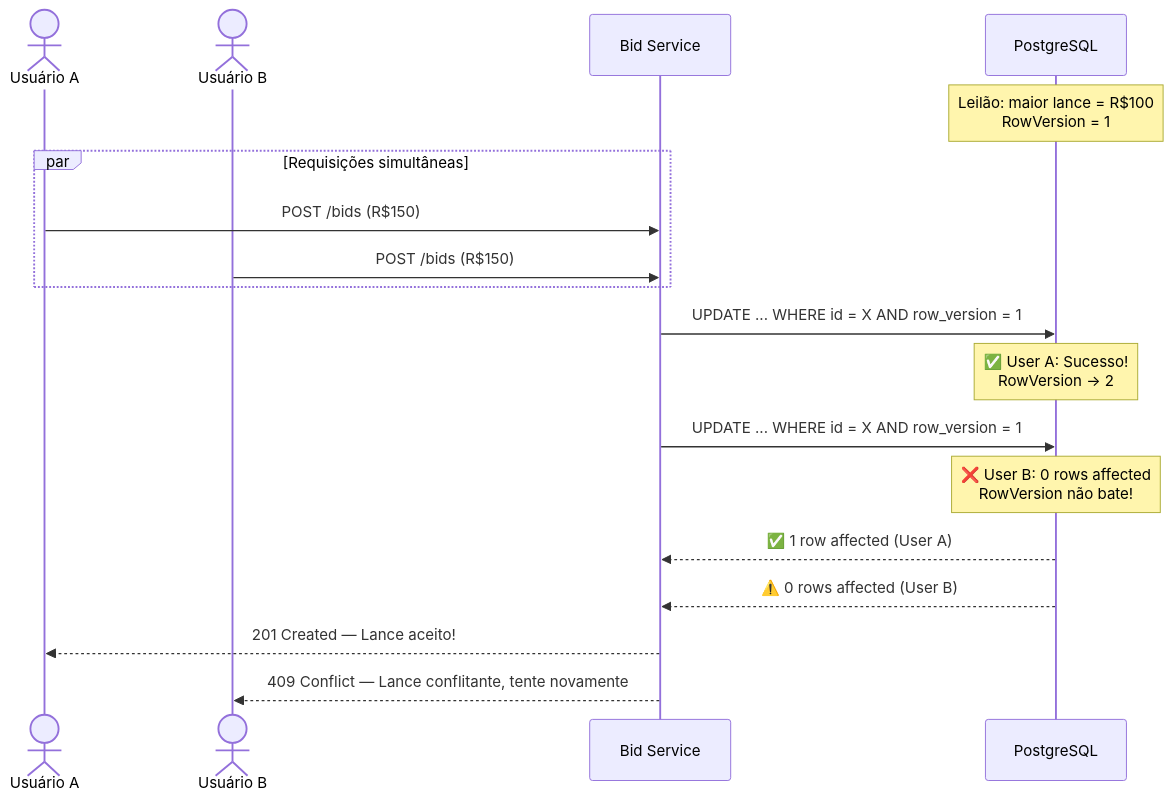
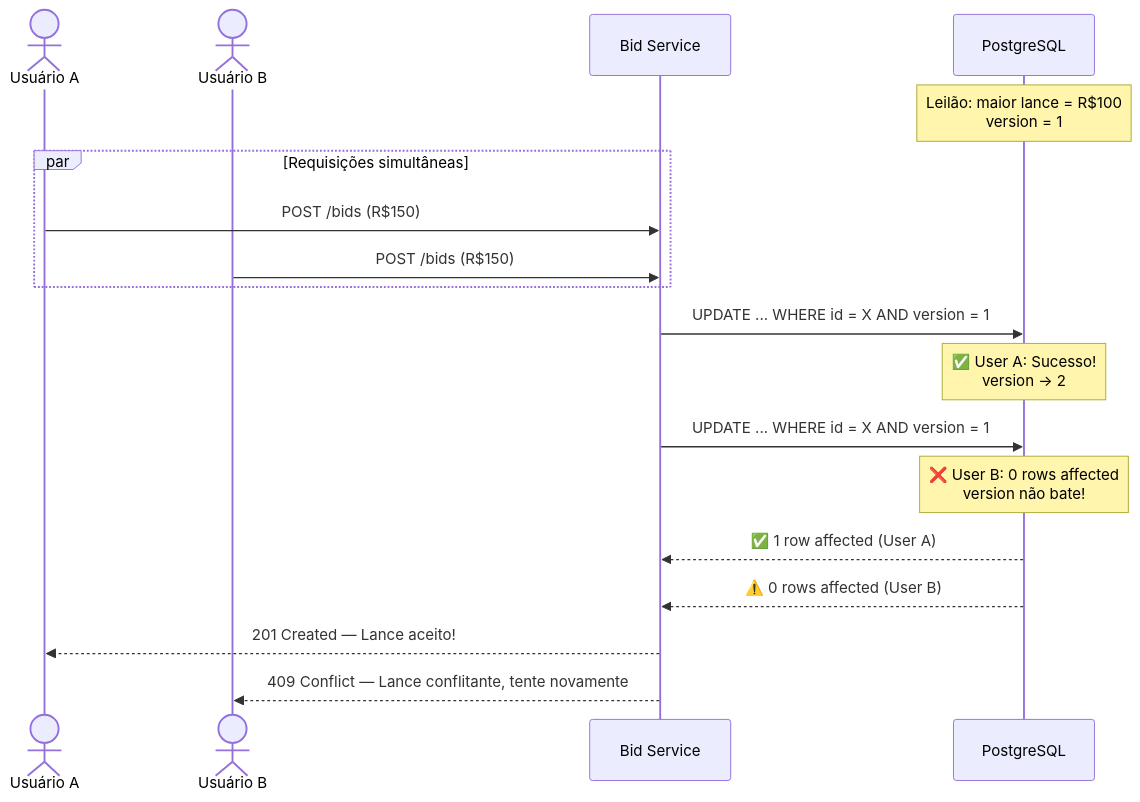
Before and after one commit to samuka7abr/no-crud-projects: the second of 8 diagrams in Leilao/README.md, drawn with Mermaid. The commit also changed other lines of this file, not shown here.

````diff
--- a/Leilao/README.md
+++ b/Leilao/README.md
@@ -75,26 +77,26 @@
 ```mermaid
 sequenceDiagram
     actor User_A as Usuário A
     actor User_B as Usuário B
     participant API as Bid Service
     participant DB as PostgreSQL
 
-    Note over DB: Leilão: maior lance = R$100<br/>RowVersion = 1
+    Note over DB: Leilão: maior lance = R$100<br/>version = 1
 
     par Requisições simultâneas
         User_A->>API: POST /bids (R$150)
         User_B->>API: POST /bids (R$150)
     end
 
-    API->>DB: UPDATE ... WHERE id = X AND row_version = 1
-    Note over DB: ✅ User A: Sucesso!<br/>RowVersion → 2
+    API->>DB: UPDATE ... WHERE id = X AND version = 1
+    Note over DB: ✅ User A: Sucesso!<br/>version → 2
 
-    API->>DB: UPDATE ... WHERE id = X AND row_version = 1
-    Note over DB: ❌ User B: 0 rows affected<br/>RowVersion não bate!
+    API->>DB: UPDATE ... WHERE id = X AND version = 1
+    Note over DB: ❌ User B: 0 rows affected<br/>version não bate!
 
     DB-->>API: ✅ 1 row affected (User A)
     DB-->>API: ⚠️ 0 rows affected (User B)
 
     API-->>User_A: 201 Created — Lance aceito!
     API-->>User_B: 409 Conflict — Lance conflitante, tente novamente
 ```
````
